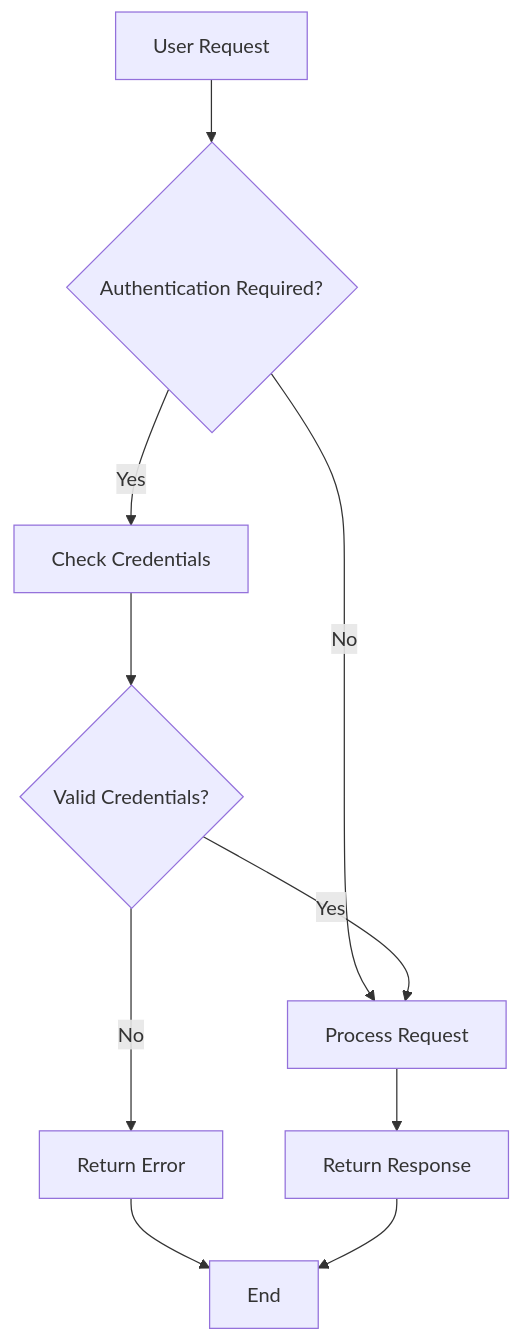
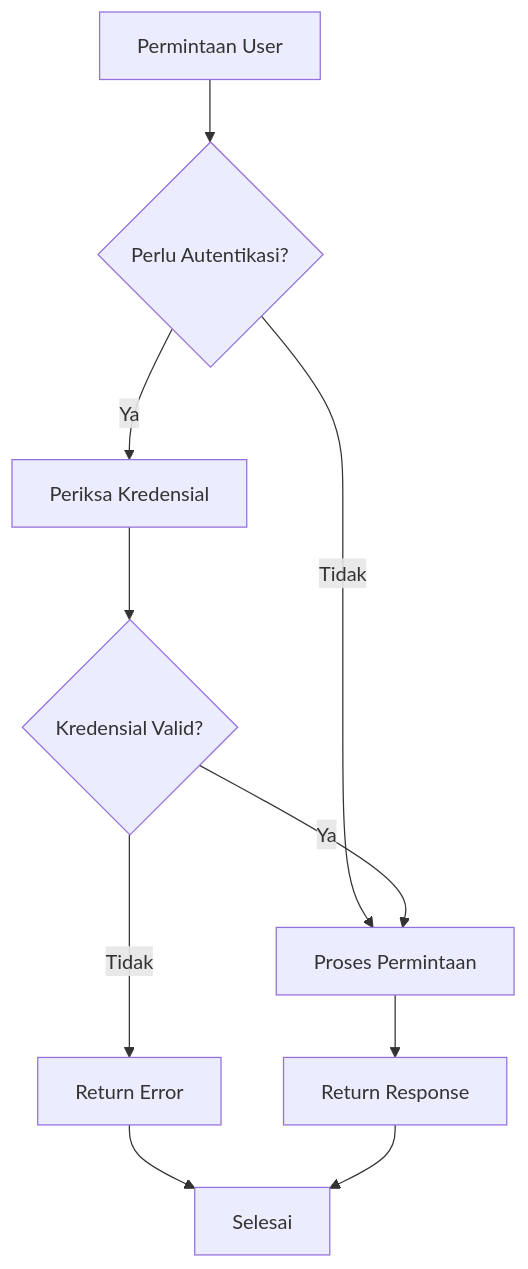
Before and after one commit to alsyauqi/docs: the second of 8 diagrams in flowcharts.mdx, drawn with Mermaid. The commit also changed other lines of this file, not shown here.

````diff
--- a/flowcharts.mdx
+++ b/flowcharts.mdx
@@ -36,12 +36,12 @@
 ```mermaid
 flowchart TD
-    A[User Request] --> B{Authentication Required?}
-    B -->|Yes| C[Check Credentials]
-    B -->|No| F[Process Request]
-    C --> D{Valid Credentials?}
-    D -->|Yes| F[Process Request]
-    D -->|No| E[Return Error]
+    A[Permintaan User] --> B{Perlu Autentikasi?}
+    B -->|Ya| C[Periksa Kredensial]
+    B -->|Tidak| F[Proses Permintaan]
+    C --> D{Kredensial Valid?}
+    D -->|Ya| F[Proses Permintaan]
+    D -->|Tidak| E[Return Error]
     F --> G[Return Response]
-    E --> H[End]
-    G --> H[End]
+    E --> H[Selesai]
+    G --> H[Selesai]
 ```
````
